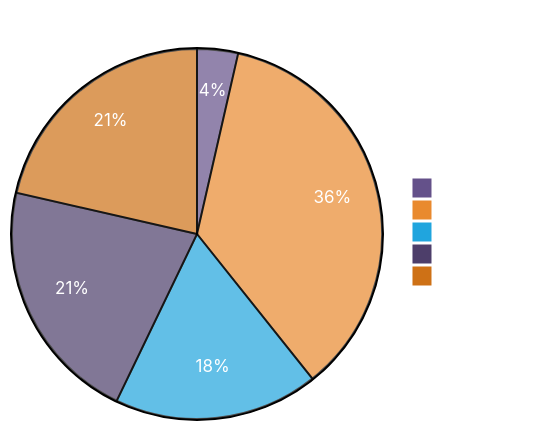
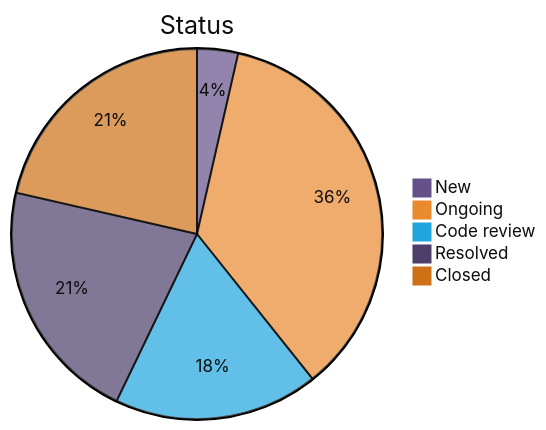
One commit to frica/mermaid-playground changed the fourth of 4 diagrams in README.md. Above: the diagram before and after it, drawn with Mermaid.

Commit message:
better text color

````diff
--- a/README.md
+++ b/README.md
@@ -45,21 +45,21 @@
 ```mermaid
 %%{init: {
     'theme': 'base',
     'themeVariables': {
       'primaryColor': '#64518a',
-      'primaryTextColor': '#fff',
+      'primaryTextColor': '#0c0d0e',
       'primaryBorderColor': '#7C0000',
       'lineColor': '#F8B229',
       'secondaryColor': '#e98a2e',
       'tertiaryColor': '#20a5de'
     }
   }
 }%%
 pie
     title Status
     "New" : 1
     "Ongoing" : 10
     "Code review" : 5
     "Resolved" :  6
     "Closed" : 6
 ```
````
